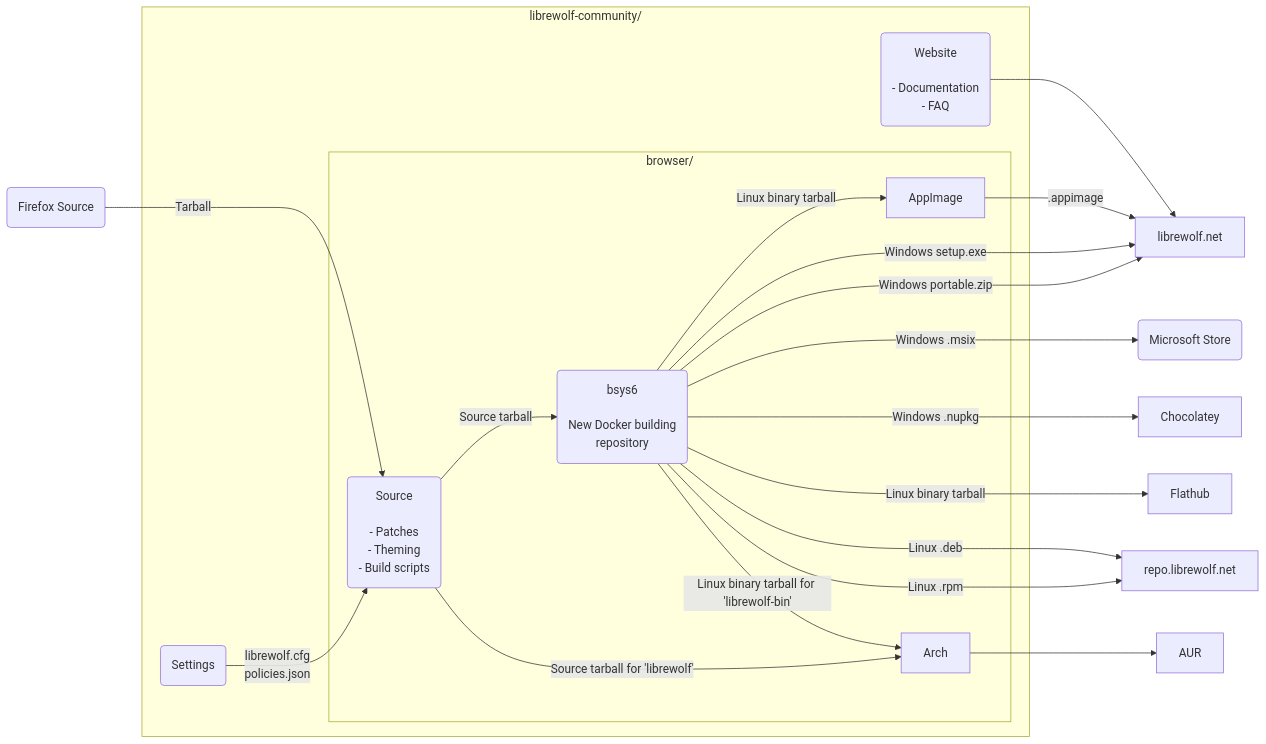
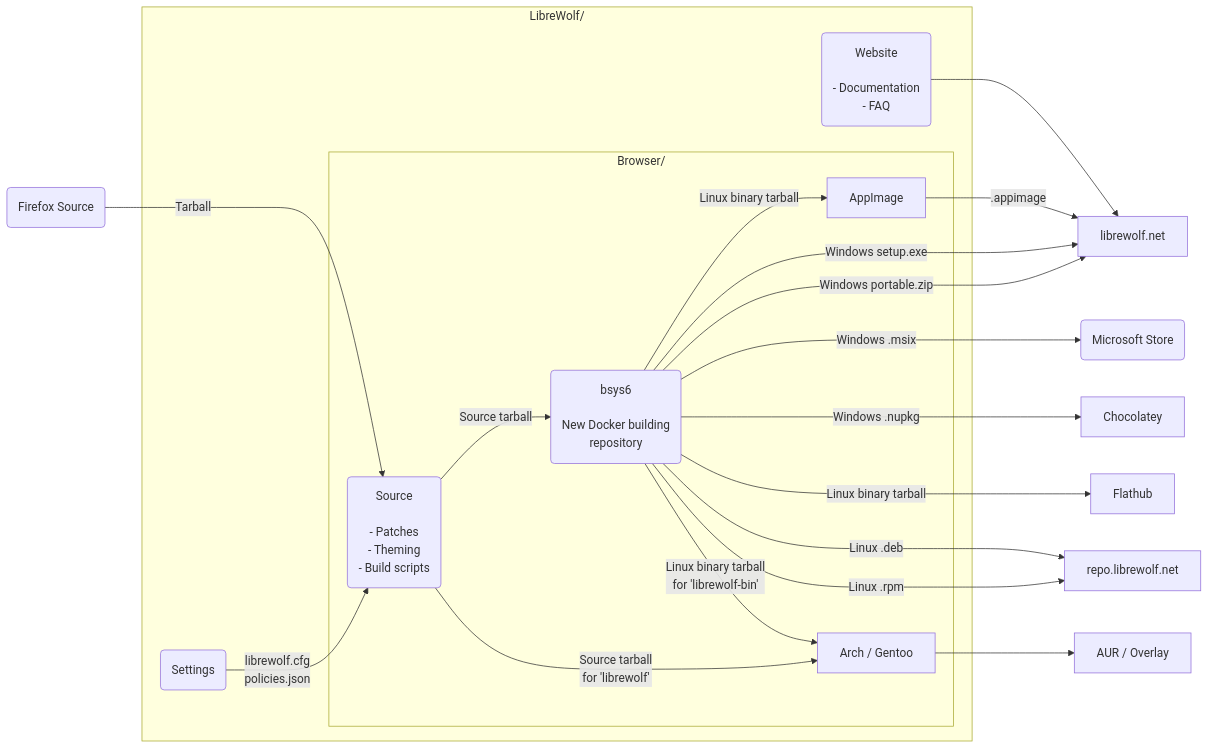
Before and after one commit to frap129/hyperfox: the diagram in README.md, drawn with Mermaid. The commit also changed other lines of this file and 5 other files, not shown here.

````diff
--- a/README.md
+++ b/README.md
@@ -7,31 +10,31 @@
 ```mermaid
 graph LR
     FFSRC(Firefox Source)
 
     FFSRC--Tarball--->Source
 
-    subgraph librewolf-community/
+    subgraph LibreWolf/
     Settings(Settings)--"librewolf.cfg<br>policies.json"-->Source
     Website(Website<br><br>- Documentation<br>- FAQ)
-    subgraph browser/
+    subgraph Browser/
         Source(Source<br><br>- Patches<br>- Theming<br>- Build scripts)
         bsys6(bsys6<br><br>New Docker building<br>repository)
         AppImage
-        Arch
+        ArchGentoo["Arch / Gentoo"]
     end
     end
     Website-->librewolf.net
     Source--"Source tarball"-->bsys6
     AppImage--".appimage"-->librewolf.net
     bsys6--"Windows setup.exe"--->librewolf.net
     bsys6--"Windows portable.zip"--->librewolf.net
     bsys6--"Windows .msix"--->MS("Microsoft Store")
     bsys6--"Windows .nupkg"--->Chocolatey
     bsys6--"Linux binary tarball"--->Flathub
     bsys6--"Linux binary tarball"--> AppImage
     bsys6--"Linux .deb"--->repo.librewolf.net
     bsys6--"Linux .rpm"--->repo.librewolf.net
-    bsys6--"Linux binary tarball for 'librewolf-bin'"--> Arch
-    Source--"Source tarball for 'librewolf'"-->Arch
-    Arch-->AUR
+    bsys6--"Linux binary tarball<br>for 'librewolf-bin'"--> ArchGentoo
+    Source--"Source tarball<br>for 'librewolf'"-->ArchGentoo
+    ArchGentoo-->AUR_Overlay["AUR / Overlay"]
 ```
````
